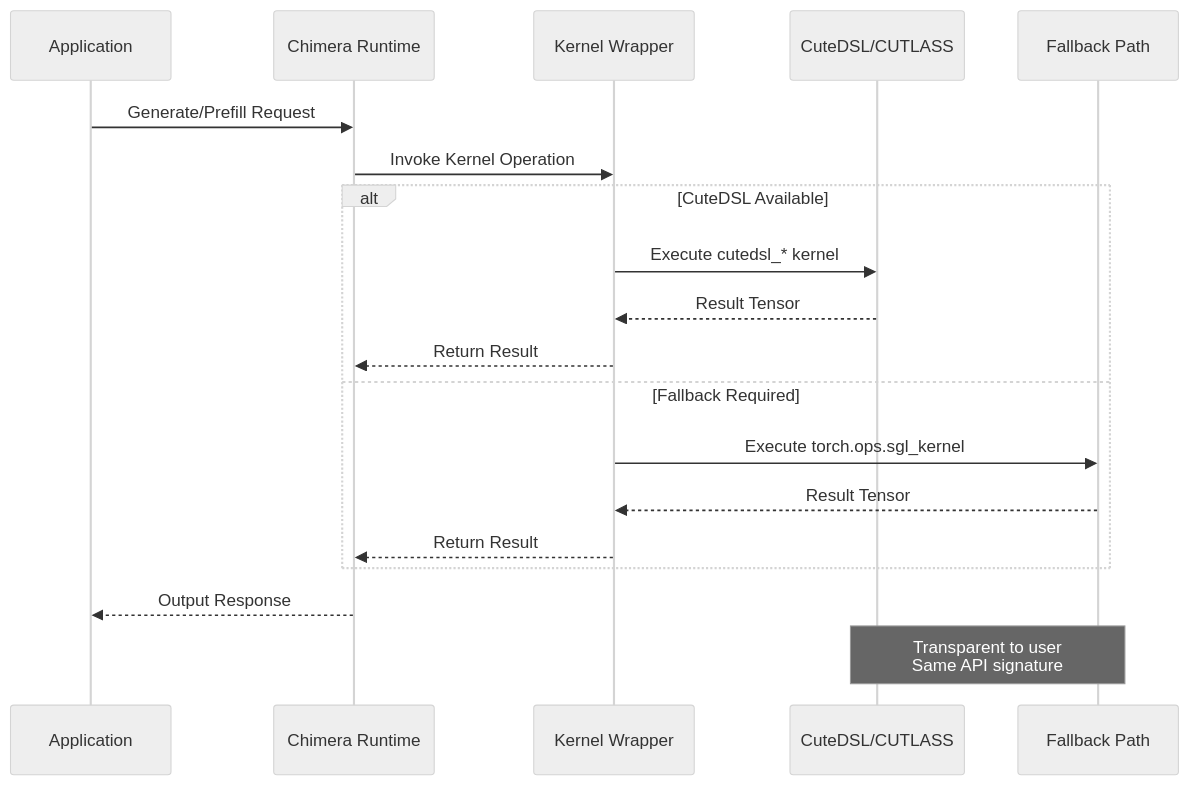
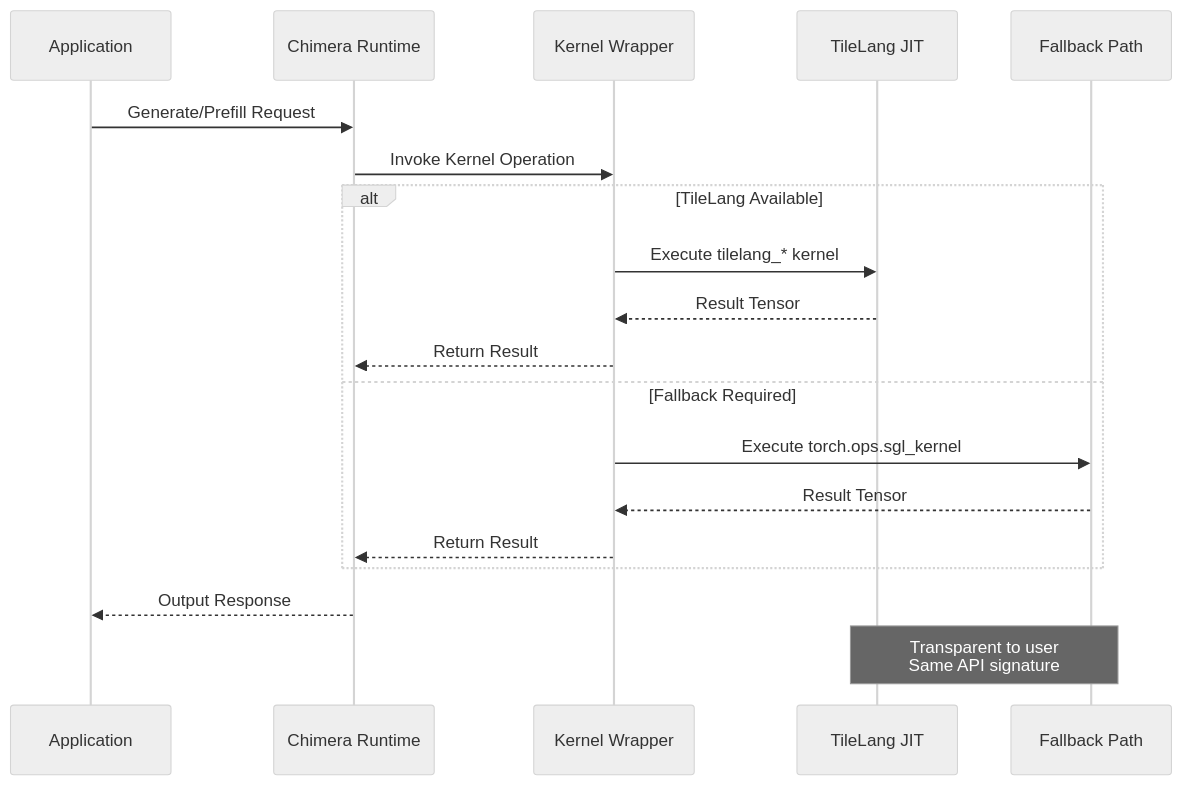
One commit to Ammar-Alnagar/Chimera changed the second of 6 diagrams in README.md. Above: the diagram before and after it, drawn with Mermaid (neutral theme). The commit also changed other lines of this file and 31 other files, not shown here.

Commit message:
refactor: replace CuteDSL with TileLang as the primary kernel backend across the codebase and documentation

````diff
--- a/README.md
+++ b/README.md
@@ -69,25 +65,25 @@
 ```mermaid
 sequenceDiagram
     participant App as Application
     participant Runtime as Chimera Runtime
     participant Wrapper as Kernel Wrapper
-    participant CuteDSL as CuteDSL/CUTLASS
+    participant TileLang as TileLang JIT
     participant Fallback as Fallback Path
 
     App->>Runtime: Generate/Prefill Request
     Runtime->>Wrapper: Invoke Kernel Operation
     
-    alt CuteDSL Available
-        Wrapper->>CuteDSL: Execute cutedsl_* kernel
-        CuteDSL-->>Wrapper: Result Tensor
+    alt TileLang Available
+        Wrapper->>TileLang: Execute tilelang_* kernel
+        TileLang-->>Wrapper: Result Tensor
         Wrapper-->>Runtime: Return Result
     else Fallback Required
         Wrapper->>Fallback: Execute torch.ops.sgl_kernel
         Fallback-->>Wrapper: Result Tensor
         Wrapper-->>Runtime: Return Result
     end
     
     Runtime-->>App: Output Response
     
-    Note over CuteDSL,Fallback: Transparent to user<br/>Same API signature
+    Note over TileLang,Fallback: Transparent to user<br/>Same API signature
 ```
````
